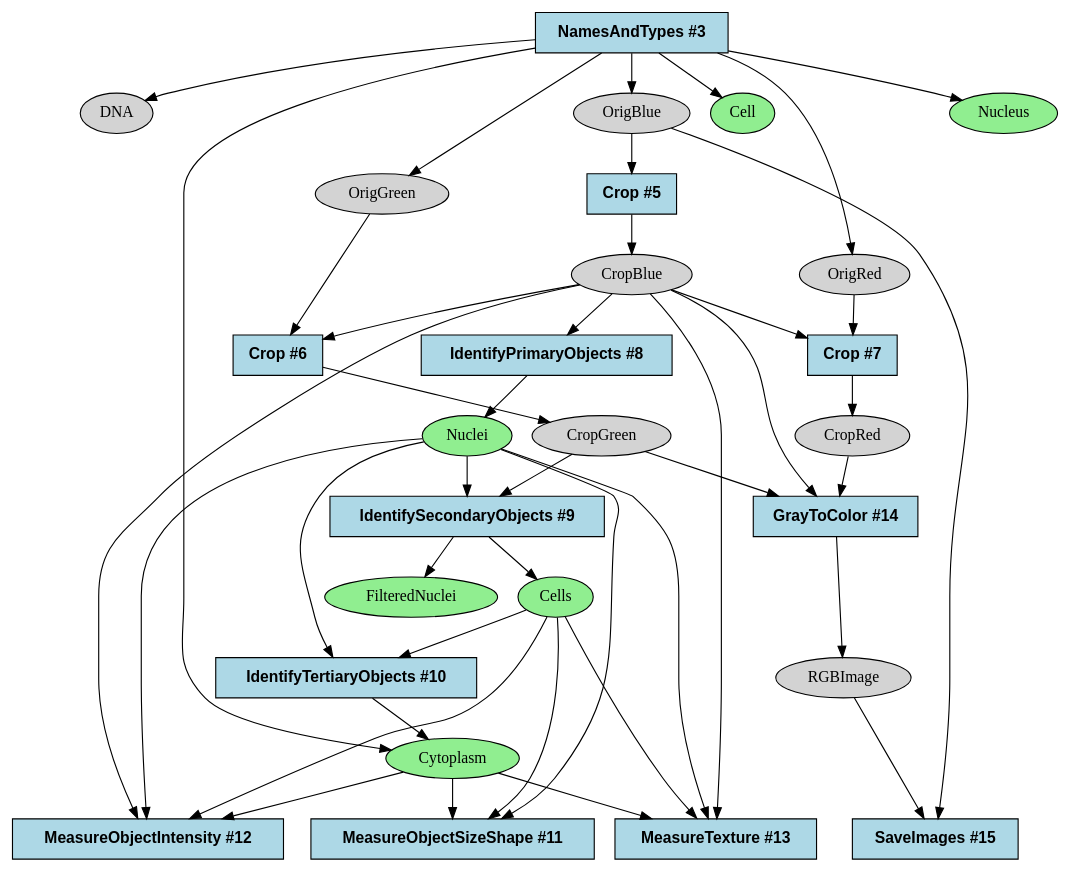
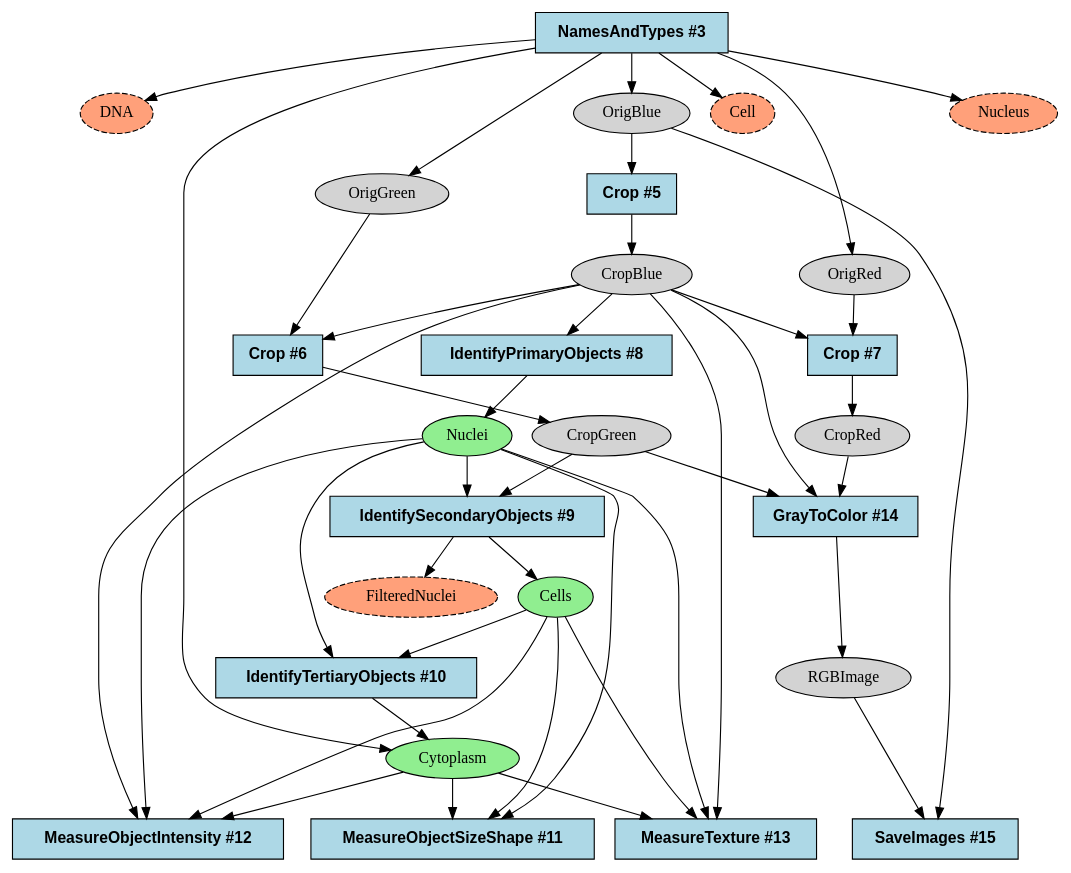
One commit to shntnu/cp_graph changed the diagram in examples/output/ExampleFly.dot. Above: the diagram before and after it, drawn with Graphviz. The commit also changed 2 other files, not shown here.

```diff
--- a/examples/output/ExampleFly.dot
+++ b/examples/output/ExampleFly.dot
@@ -1,71 +1,71 @@
 strict digraph {
 Crop_332d8a68 [type=module, label="Crop #7", module_name=Crop, module_num=7, original_num=7, stable_id="Crop_332d8a68", enabled=True, shape=box, style=filled, fontname="Helvetica-Bold", fillcolor=lightblue];
 Crop_3828b249 [type=module, label="Crop #5", module_name=Crop, module_num=5, original_num=5, stable_id="Crop_3828b249", enabled=True, shape=box, style=filled, fontname="Helvetica-Bold", fillcolor=lightblue];
 Crop_39198e21 [type=module, label="Crop #6", module_name=Crop, module_num=6, original_num=6, stable_id="Crop_39198e21", enabled=True, shape=box, style=filled, fontname="Helvetica-Bold", fillcolor=lightblue];
 GrayToColor_dc85e759 [type=module, label="GrayToColor #14", module_name=GrayToColor, module_num=14, original_num=14, stable_id="GrayToColor_dc85e759", enabled=True, shape=box, style=filled, fontname="Helvetica-Bold", fillcolor=lightblue];
 IdentifyPrimaryObjects_b59141d4 [type=module, label="IdentifyPrimaryObjects #8", module_name=IdentifyPrimaryObjects, module_num=8, original_num=8, stable_id="IdentifyPrimaryObjects_b59141d4", enabled=True, shape=box, style=filled, fontname="Helvetica-Bold", fillcolor=lightblue];
 IdentifySecondaryObjects_617cabe9 [type=module, label="IdentifySecondaryObjects #9", module_name=IdentifySecondaryObjects, module_num=9, original_num=9, stable_id="IdentifySecondaryObjects_617cabe9", enabled=True, shape=box, style=filled, fontname="Helvetica-Bold", fillcolor=lightblue];
 IdentifyTertiaryObjects_ac7b69a9 [type=module, label="IdentifyTertiaryObjects #10", module_name=IdentifyTertiaryObjects, module_num=10, original_num=10, stable_id="IdentifyTertiaryObjects_ac7b69a9", enabled=True, shape=box, style=filled, fontname="Helvetica-Bold", fillcolor=lightblue];
 MeasureObjectIntensity_493d53fb [type=module, label="MeasureObjectIntensity #12", module_name=MeasureObjectIntensity, module_num=12, original_num=12, stable_id="MeasureObjectIntensity_493d53fb", enabled=True, shape=box, style=filled, fontname="Helvetica-Bold", fillcolor=lightblue];
 MeasureObjectSizeShape_33e152a1 [type=module, label="MeasureObjectSizeShape #11", module_name=MeasureObjectSizeShape, module_num=11, original_num=11, stable_id="MeasureObjectSizeShape_33e152a1", enabled=True, shape=box, style=filled, fontname="Helvetica-Bold", fillcolor=lightblue];
 MeasureTexture_493d53fb [type=module, label="MeasureTexture #13", module_name=MeasureTexture, module_num=13, original_num=13, stable_id="MeasureTexture_493d53fb", enabled=True, shape=box, style=filled, fontname="Helvetica-Bold", fillcolor=lightblue];
 NamesAndTypes_a64add3 [type=module, label="NamesAndTypes #3", module_name=NamesAndTypes, module_num=3, original_num=3, stable_id="NamesAndTypes_a64add3", enabled=True, shape=box, style=filled, fontname="Helvetica-Bold", fillcolor=lightblue];
 SaveImages_c2b508af [type=module, label="SaveImages #15", module_name=SaveImages, module_num=15, original_num=15, stable_id="SaveImages_c2b508af", enabled=True, shape=box, style=filled, fontname="Helvetica-Bold", fillcolor=lightblue];
 image__CropBlue [type=image, label=CropBlue, shape=ellipse, style=filled, fillcolor=lightgray];
 image__CropGreen [type=image, label=CropGreen, shape=ellipse, style=filled, fillcolor=lightgray];
 image__CropRed [type=image, label=CropRed, shape=ellipse, style=filled, fillcolor=lightgray];
-image__DNA [type=image, label=DNA, shape=ellipse, style=filled, fillcolor=lightgray];
+image__DNA [type=image, label=DNA, filtered=True, shape=ellipse, style="filled,dashed", fillcolor=lightsalmon];
 image__OrigBlue [type=image, label=OrigBlue, shape=ellipse, style=filled, fillcolor=lightgray];
 image__OrigGreen [type=image, label=OrigGreen, shape=ellipse, style=filled, fillcolor=lightgray];
 image__OrigRed [type=image, label=OrigRed, shape=ellipse, style=filled, fillcolor=lightgray];
 image__RGBImage [type=image, label=RGBImage, shape=ellipse, style=filled, fillcolor=lightgray];
-object__Cell [type=object, label=Cell, shape=ellipse, style=filled, fillcolor=lightgreen];
+object__Cell [type=object, label=Cell, filtered=True, shape=ellipse, style="filled,dashed", fillcolor=lightsalmon];
 object__Cells [type=object, label=Cells, shape=ellipse, style=filled, fillcolor=lightgreen];
 object__Cytoplasm [type=object, label=Cytoplasm, shape=ellipse, style=filled, fillcolor=lightgreen];
-object__FilteredNuclei [type=object, label=FilteredNuclei, shape=ellipse, style=filled, fillcolor=lightgreen];
+object__FilteredNuclei [type=object, label=FilteredNuclei, filtered=True, shape=ellipse, style="filled,dashed", fillcolor=lightsalmon];
 object__Nuclei [type=object, label=Nuclei, shape=ellipse, style=filled, fillcolor=lightgreen];
-object__Nucleus [type=object, label=Nucleus, shape=ellipse, style=filled, fillcolor=lightgreen];
+object__Nucleus [type=object, label=Nucleus, filtered=True, shape=ellipse, style="filled,dashed", fillcolor=lightsalmon];
 Crop_332d8a68 -> image__CropRed [type="image_output"];
 Crop_3828b249 -> image__CropBlue [type="image_output"];
 Crop_39198e21 -> image__CropGreen [type="image_output"];
 GrayToColor_dc85e759 -> image__RGBImage [type="image_output"];
 IdentifyPrimaryObjects_b59141d4 -> object__Nuclei [type="object_output"];
 IdentifySecondaryObjects_617cabe9 -> object__Cells [type="object_output"];
 IdentifySecondaryObjects_617cabe9 -> object__FilteredNuclei [type="object_output"];
 IdentifyTertiaryObjects_ac7b69a9 -> object__Cytoplasm [type="object_output"];
 NamesAndTypes_a64add3 -> image__DNA [type="image_output"];
 NamesAndTypes_a64add3 -> image__OrigBlue [type="image_output"];
 NamesAndTypes_a64add3 -> image__OrigGreen [type="image_output"];
 NamesAndTypes_a64add3 -> image__OrigRed [type="image_output"];
 NamesAndTypes_a64add3 -> object__Cell [type="object_output"];
 NamesAndTypes_a64add3 -> object__Cytoplasm [type="object_output"];
 NamesAndTypes_a64add3 -> object__Nucleus [type="object_output"];
 image__CropBlue -> Crop_332d8a68 [type="image_input"];
 image__CropBlue -> Crop_39198e21 [type="image_input"];
 image__CropBlue -> GrayToColor_dc85e759 [type="image_input"];
 image__CropBlue -> IdentifyPrimaryObjects_b59141d4 [type="image_input"];
 image__CropBlue -> MeasureObjectIntensity_493d53fb [type="image_list_input"];
 image__CropBlue -> MeasureTexture_493d53fb [type="image_list_input"];
 image__CropGreen -> GrayToColor_dc85e759 [type="image_input"];
 image__CropGreen -> IdentifySecondaryObjects_617cabe9 [type="image_input"];
 image__CropRed -> GrayToColor_dc85e759 [type="image_input"];
 image__OrigBlue -> Crop_3828b249 [type="image_input"];
 image__OrigBlue -> SaveImages_c2b508af [type="image_input"];
 image__OrigGreen -> Crop_39198e21 [type="image_input"];
 image__OrigRed -> Crop_332d8a68 [type="image_input"];
 image__RGBImage -> SaveImages_c2b508af [type="image_input"];
 object__Cells -> IdentifyTertiaryObjects_ac7b69a9 [type="object_input"];
 object__Cells -> MeasureObjectIntensity_493d53fb [type="object_list_input"];
 object__Cells -> MeasureObjectSizeShape_33e152a1 [type="object_list_input"];
 object__Cells -> MeasureTexture_493d53fb [type="object_list_input"];
 object__Cytoplasm -> MeasureObjectIntensity_493d53fb [type="object_list_input"];
 object__Cytoplasm -> MeasureObjectSizeShape_33e152a1 [type="object_list_input"];
 object__Cytoplasm -> MeasureTexture_493d53fb [type="object_list_input"];
 object__Nuclei -> IdentifySecondaryObjects_617cabe9 [type="object_input"];
 object__Nuclei -> IdentifyTertiaryObjects_ac7b69a9 [type="object_input"];
 object__Nuclei -> MeasureObjectIntensity_493d53fb [type="object_list_input"];
 object__Nuclei -> MeasureObjectSizeShape_33e152a1 [type="object_list_input"];
 object__Nuclei -> MeasureTexture_493d53fb [type="object_list_input"];
 
   {rank = max; MeasureObjectSizeShape_33e152a1; MeasureObjectIntensity_493d53fb; MeasureTexture_493d53fb; SaveImages_c2b508af;}
 }
```
